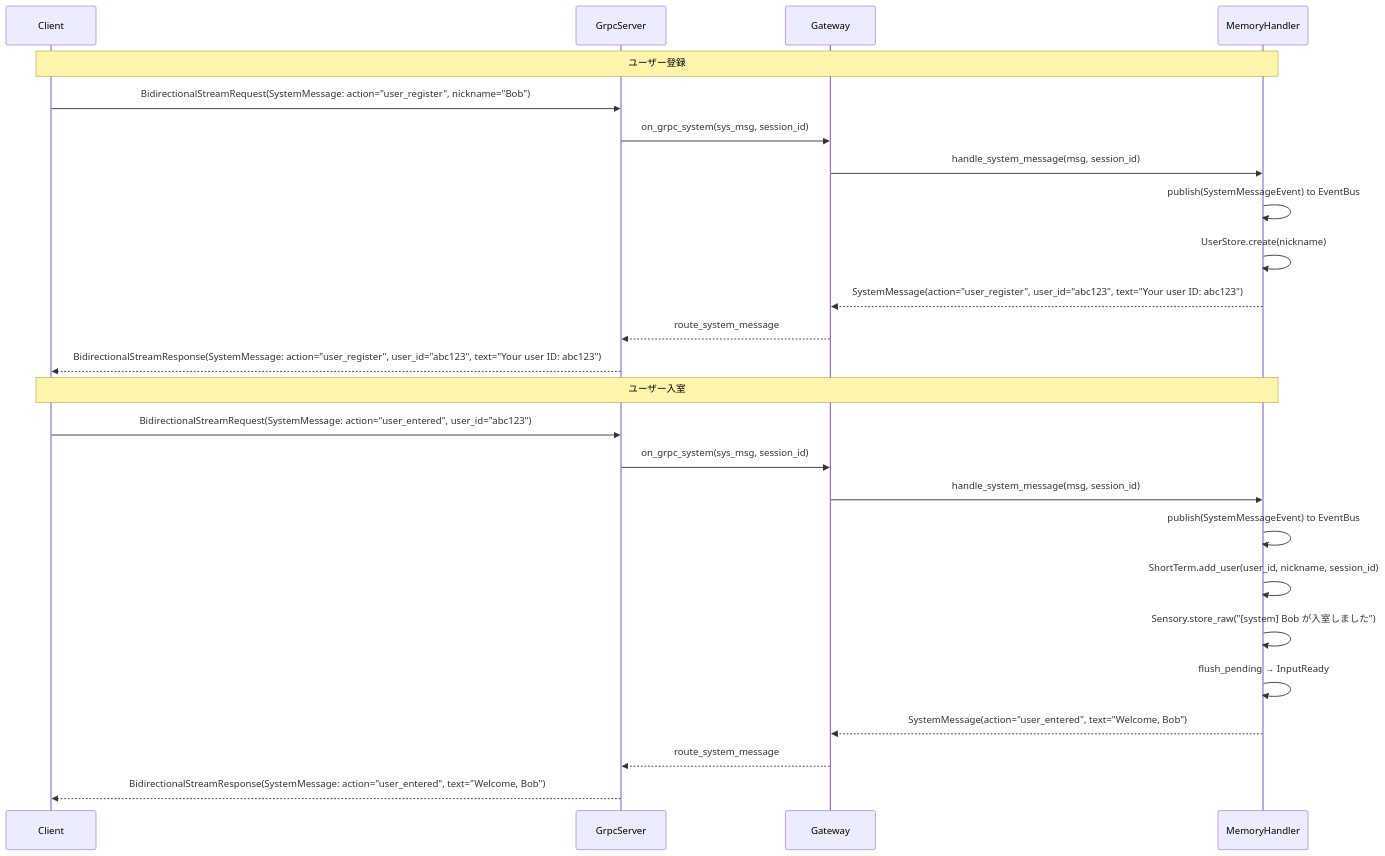
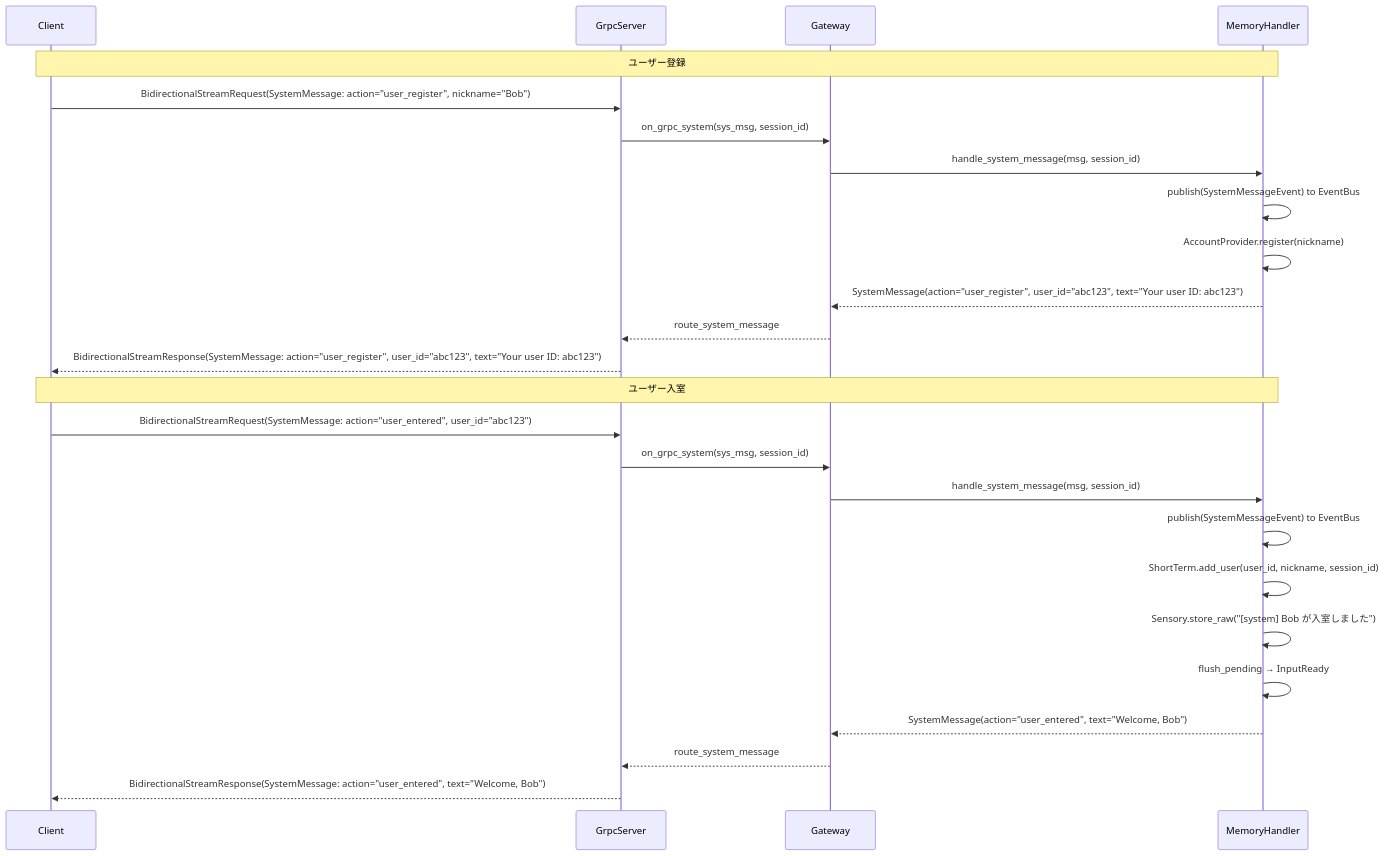
The third of 3 diagrams in docs/ipc-spec.md (ibukani/iris-mind), drawn with Mermaid before and after one commit. The commit also changed 33 other files, not shown here.

````diff
--- a/docs/ipc-spec.md
+++ b/docs/ipc-spec.md
@@ -229,29 +229,29 @@
 ```mermaid
 sequenceDiagram
     participant Client
     participant Server as GrpcServer
     participant GW as Gateway
     participant Handler as MemoryHandler
 
     Note over Client,Handler: ユーザー登録
     Client->>Server: BidirectionalStreamRequest(SystemMessage: action="user_register", nickname="Bob")
     Server->>GW: on_grpc_system(sys_msg, session_id)
     GW->>Handler: handle_system_message(msg, session_id)
     Handler->>Handler: publish(SystemMessageEvent) to EventBus
-    Handler->>Handler: UserStore.create(nickname)
+    Handler->>Handler: AccountProvider.register(nickname)
     Handler-->>GW: SystemMessage(action="user_register", user_id="abc123", text="Your user ID: abc123")
     GW-->>Server: route_system_message
     Server-->>Client: BidirectionalStreamResponse(SystemMessage: action="user_register", user_id="abc123", text="Your user ID: abc123")
 
     Note over Client,Handler: ユーザー入室
     Client->>Server: BidirectionalStreamRequest(SystemMessage: action="user_entered", user_id="abc123")
     Server->>GW: on_grpc_system(sys_msg, session_id)
     GW->>Handler: handle_system_message(msg, session_id)
     Handler->>Handler: publish(SystemMessageEvent) to EventBus
     Handler->>Handler: ShortTerm.add_user(user_id, nickname, session_id)
     Handler->>Handler: Sensory.store_raw("[system] Bob が入室しました")
     Handler->>Handler: flush_pending → InputReady
     Handler-->>GW: SystemMessage(action="user_entered", text="Welcome, Bob")
     GW-->>Server: route_system_message
     Server-->>Client: BidirectionalStreamResponse(SystemMessage: action="user_entered", text="Welcome, Bob")
 ```
````
